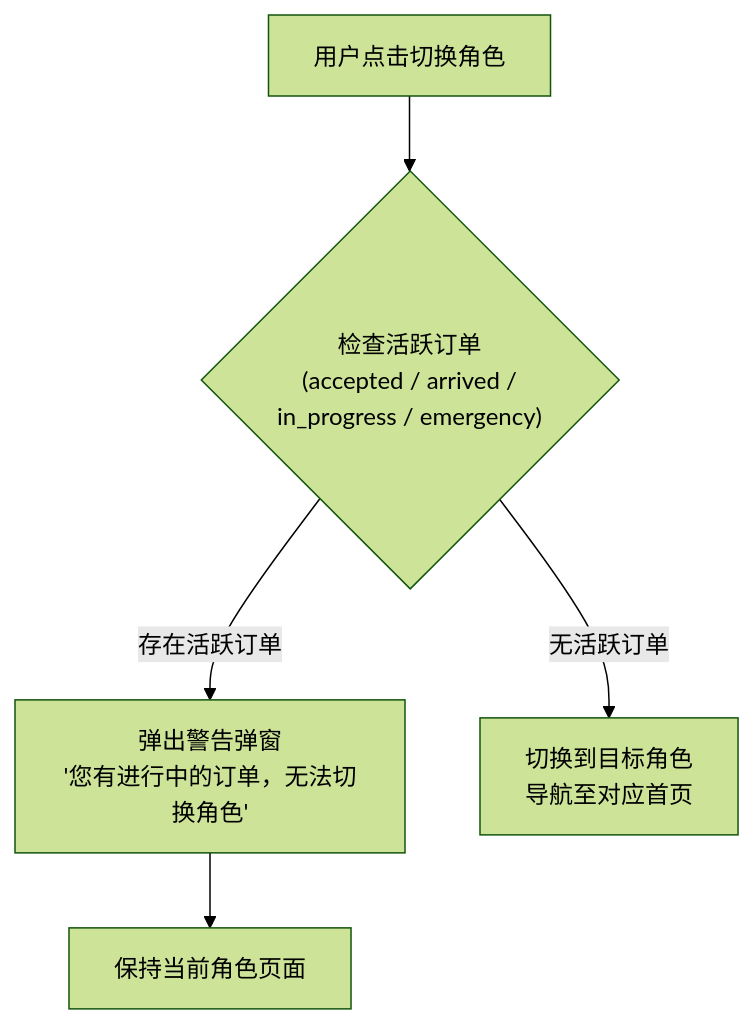
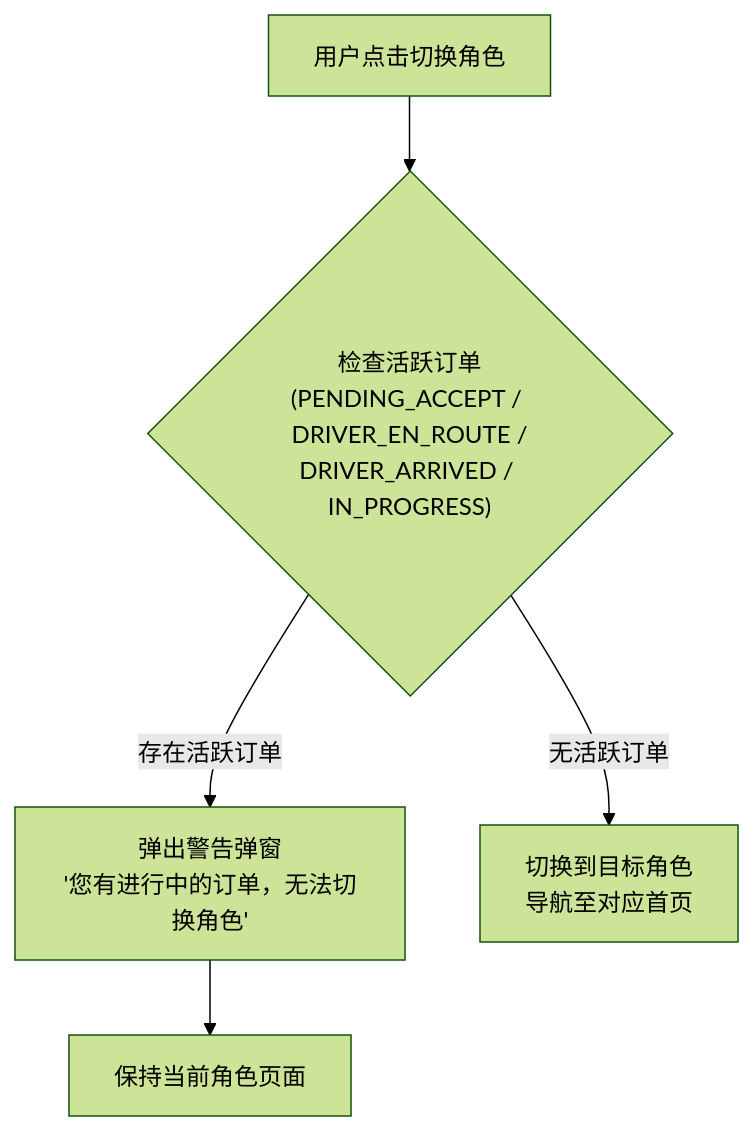
The sixth of 7 diagrams in docs/04-user-flows-and-state-machine.md (Jayden23018/blind-run-ios), drawn with Mermaid (forest theme) before and after one commit. The commit also changed other lines of this file and 29 other files, not shown here.

Commit message:
Update test accounts and cloud E2E flow

````diff
--- a/docs/04-user-flows-and-state-machine.md
+++ b/docs/04-user-flows-and-state-machine.md
@@ -261,13 +265,13 @@
 ```mermaid
 flowchart TD
     Switch["用户点击切换角色"]
-    CheckActive{"检查活跃订单\n(accepted / arrived /\nin_progress / emergency)"}
+    CheckActive{"检查活跃订单\n(PENDING_ACCEPT / DRIVER_EN_ROUTE /\nDRIVER_ARRIVED / IN_PROGRESS)"}
     Block["弹出警告弹窗\n'您有进行中的订单，无法切换角色'"]
     Stay["保持当前角色页面"]
     Allow["切换到目标角色\n导航至对应首页"]
 
     Switch --> CheckActive
     CheckActive -->|"存在活跃订单"| Block
     Block --> Stay
     CheckActive -->|"无活跃订单"| Allow
 ```
````
